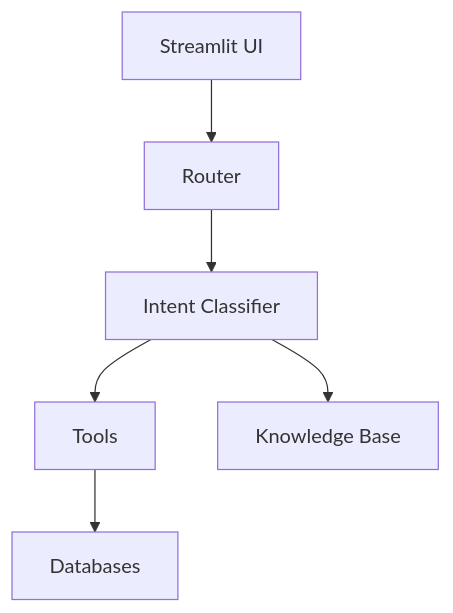
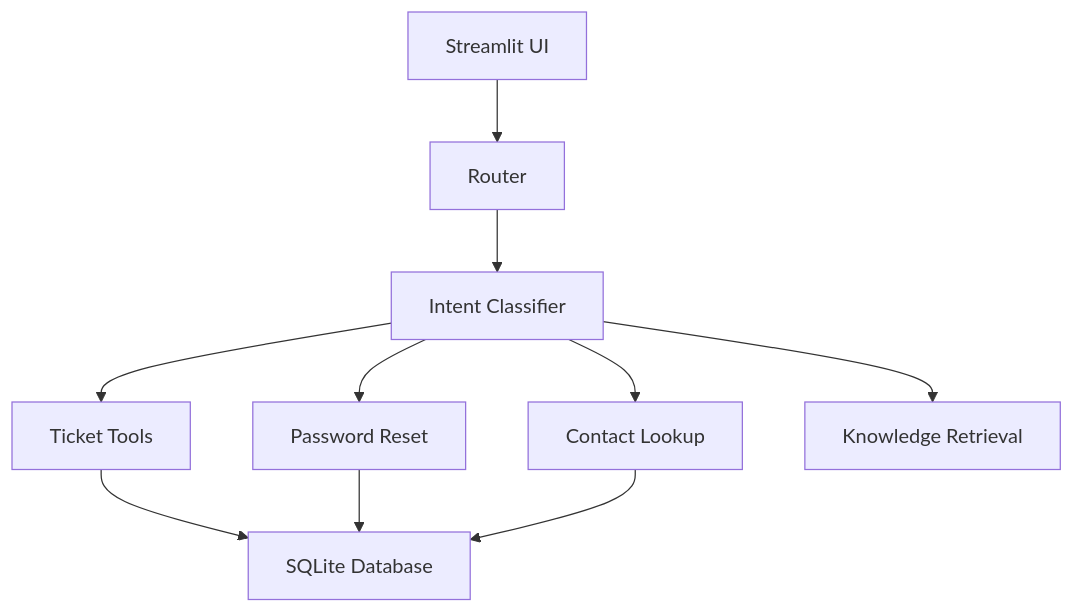
The first of 2 diagrams in report.md (mondisailokesh/college-helpdesk-ai), drawn with Mermaid before and after one commit. The commit also changed other lines of this file, not shown here.

First line of the commit message:
Revise project report with updated architecture and tests

````diff
--- a/report.md
+++ b/report.md
@@ -28,15 +54,12 @@
 ```mermaid
 flowchart TD
-    UI[Streamlit UI]
-    Router[Router]
-    Intent[Intent Classifier]
-    Tools[Tools]
-    Knowledge[Knowledge Base]
-    Database[Databases]
-
-    UI --> Router
-    Router --> Intent
-    Intent --> Tools
-    Intent --> Knowledge
-    Tools --> Database
+    UI[Streamlit UI] --> Router[Router]
+    Router --> Intent[Intent Classifier]
+    Intent --> Ticket[Ticket Tools]
+    Intent --> Password[Password Reset]
+    Intent --> Contact[Contact Lookup]
+    Intent --> Knowledge[Knowledge Retrieval]
+    Ticket --> DB[SQLite Database]
+    Password --> DB
+    Contact --> DB
 ```
````
